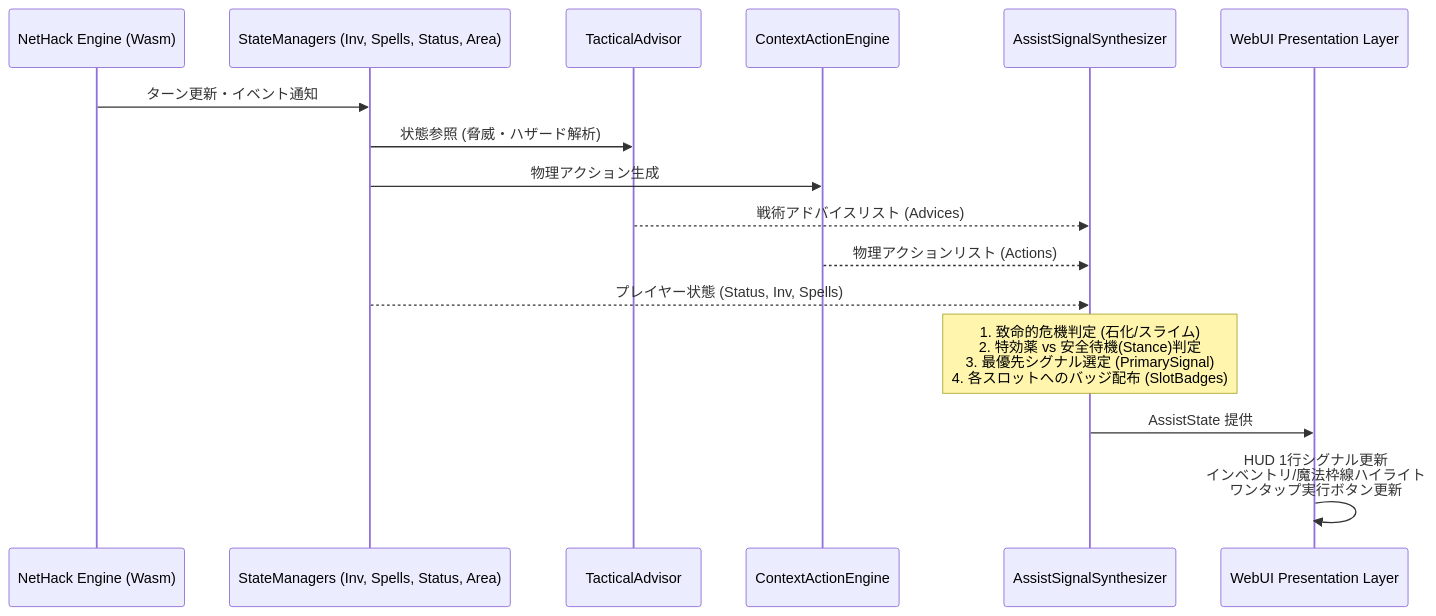
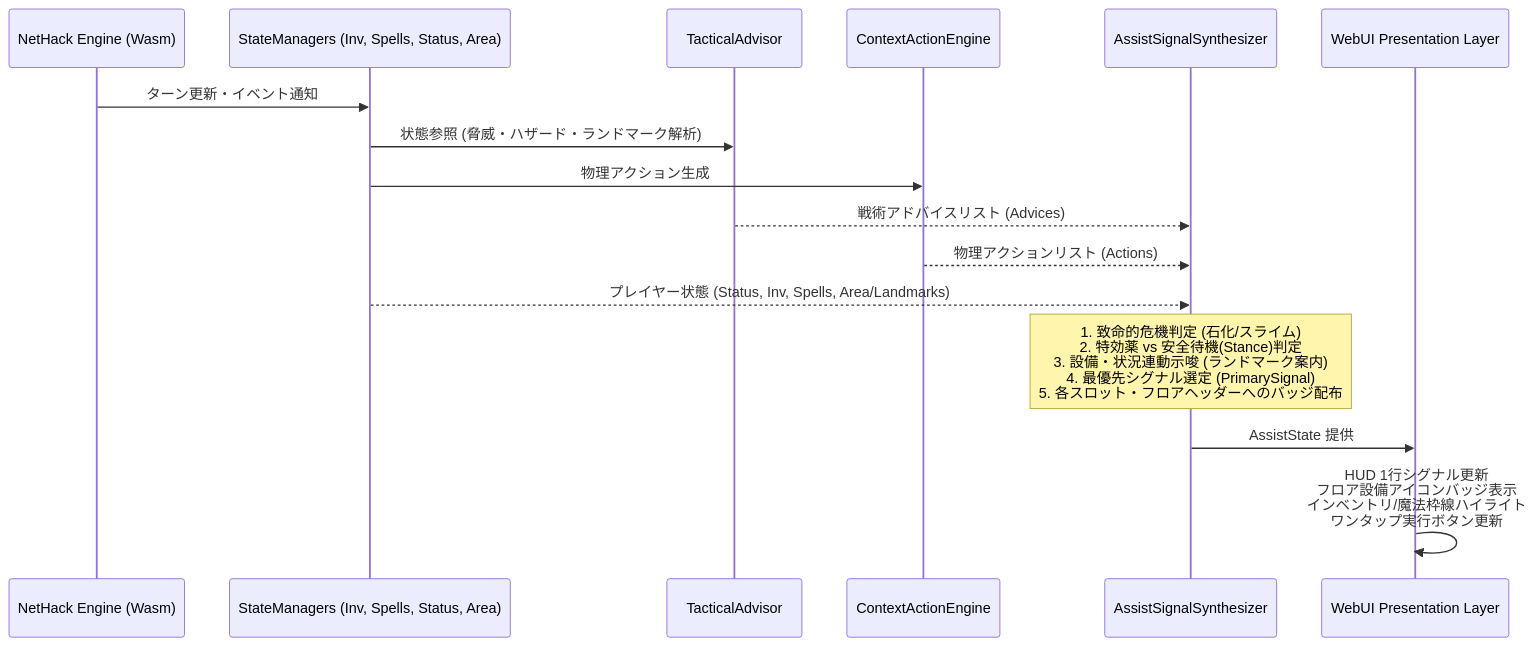
Before and after one commit to e3sh/Nethack-wasm-webUI: the diagram in docs/3_gkl/Assist_Signal_and_Stance_Architecture.md, drawn with Mermaid. The commit also changed other lines of this file and 3 other files, not shown here.

````diff
--- a/docs/3_gkl/Assist_Signal_and_Stance_Architecture.md
+++ b/docs/3_gkl/Assist_Signal_and_Stance_Architecture.md
@@ -218,22 +348,22 @@
 ```mermaid
 sequenceDiagram
     participant Game as NetHack Engine (Wasm)
     participant SM as StateManagers (Inv, Spells, Status, Area)
     participant TA as TacticalAdvisor
     participant CA as ContextActionEngine
     participant SYN as AssistSignalSynthesizer
     participant UI as WebUI Presentation Layer
 
     Game->>SM: ターン更新・イベント通知
-    SM->>TA: 状態参照 (脅威・ハザード解析)
+    SM->>TA: 状態参照 (脅威・ハザード・ランドマーク解析)
     SM->>CA: 物理アクション生成
     
     TA-->>SYN: 戦術アドバイスリスト (Advices)
     CA-->>SYN: 物理アクションリスト (Actions)
-    SM-->>SYN: プレイヤー状態 (Status, Inv, Spells)
+    SM-->>SYN: プレイヤー状態 (Status, Inv, Spells, Area/Landmarks)
 
-    Note over SYN: 1. 致命的危機判定 (石化/スライム)<br>2. 特効薬 vs 安全待機(Stance)判定<br>3. 最優先シグナル選定 (PrimarySignal)<br>4. 各スロットへのバッジ配布 (SlotBadges)
+    Note over SYN: 1. 致命的危機判定 (石化/スライム)<br>2. 特効薬 vs 安全待機(Stance)判定<br>3. 設備・状況連動示唆 (ランドマーク案内)<br>4. 最優先シグナル選定 (PrimarySignal)<br>5. 各スロット・フロアヘッダーへのバッジ配布
 
     SYN->>UI: AssistState 提供
-    UI->>UI: HUD 1行シグナル更新<br>インベントリ/魔法枠線ハイライト<br>ワンタップ実行ボタン更新
+    UI->>UI: HUD 1行シグナル更新<br>フロア設備アイコンバッジ表示<br>インベントリ/魔法枠線ハイライト<br>ワンタップ実行ボタン更新
 ```
````
